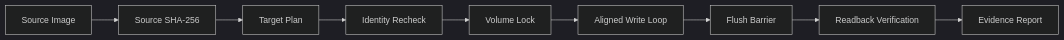
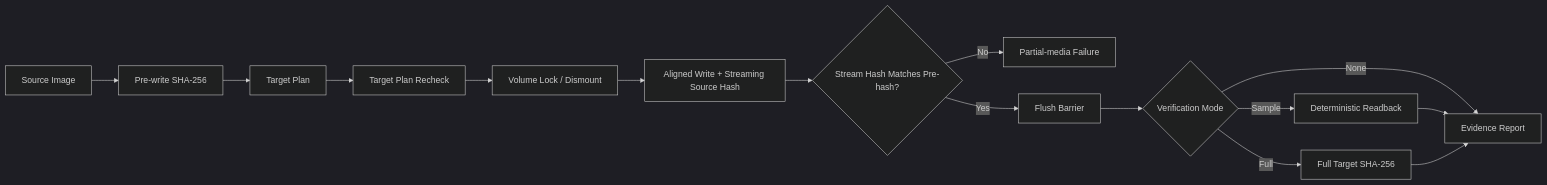
The diagram in docs/ARCHITECTURE.md (Deadbytes101/DEADFLASH), drawn with Mermaid (dark theme) before and after one commit. The commit also changed other lines of this file, not shown here.

Commit message:
align architecture with implemented control flow

````diff
--- a/docs/ARCHITECTURE.md
+++ b/docs/ARCHITECTURE.md
@@ -16,11 +16,17 @@
 ```mermaid
 flowchart LR
-    A[Source Image] --> B[Source SHA-256]
+    A[Source Image] --> B[Pre-write SHA-256]
     B --> C[Target Plan]
-    C --> D[Identity Recheck]
-    D --> E[Volume Lock]
-    E --> F[Aligned Write Loop]
-    F --> G[Flush Barrier]
-    G --> H[Readback Verification]
-    H --> I[Evidence Report]
+    C --> D[Target Plan Recheck]
+    D --> E[Volume Lock / Dismount]
+    E --> F[Aligned Write + Streaming Source Hash]
+    F --> G{Stream Hash Matches Pre-hash?}
+    G -->|No| X[Partial-media Failure]
+    G -->|Yes| H[Flush Barrier]
+    H --> I{Verification Mode}
+    I -->|None| J[Evidence Report]
+    I -->|Sample| K[Deterministic Readback]
+    I -->|Full| L[Full Target SHA-256]
+    K --> J
+    L --> J
 ```
````
